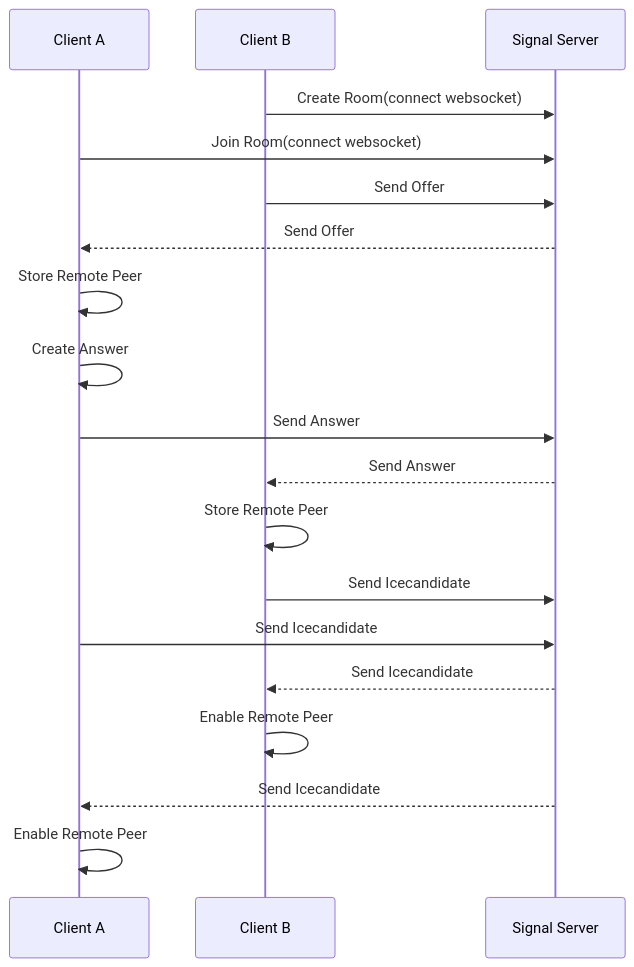
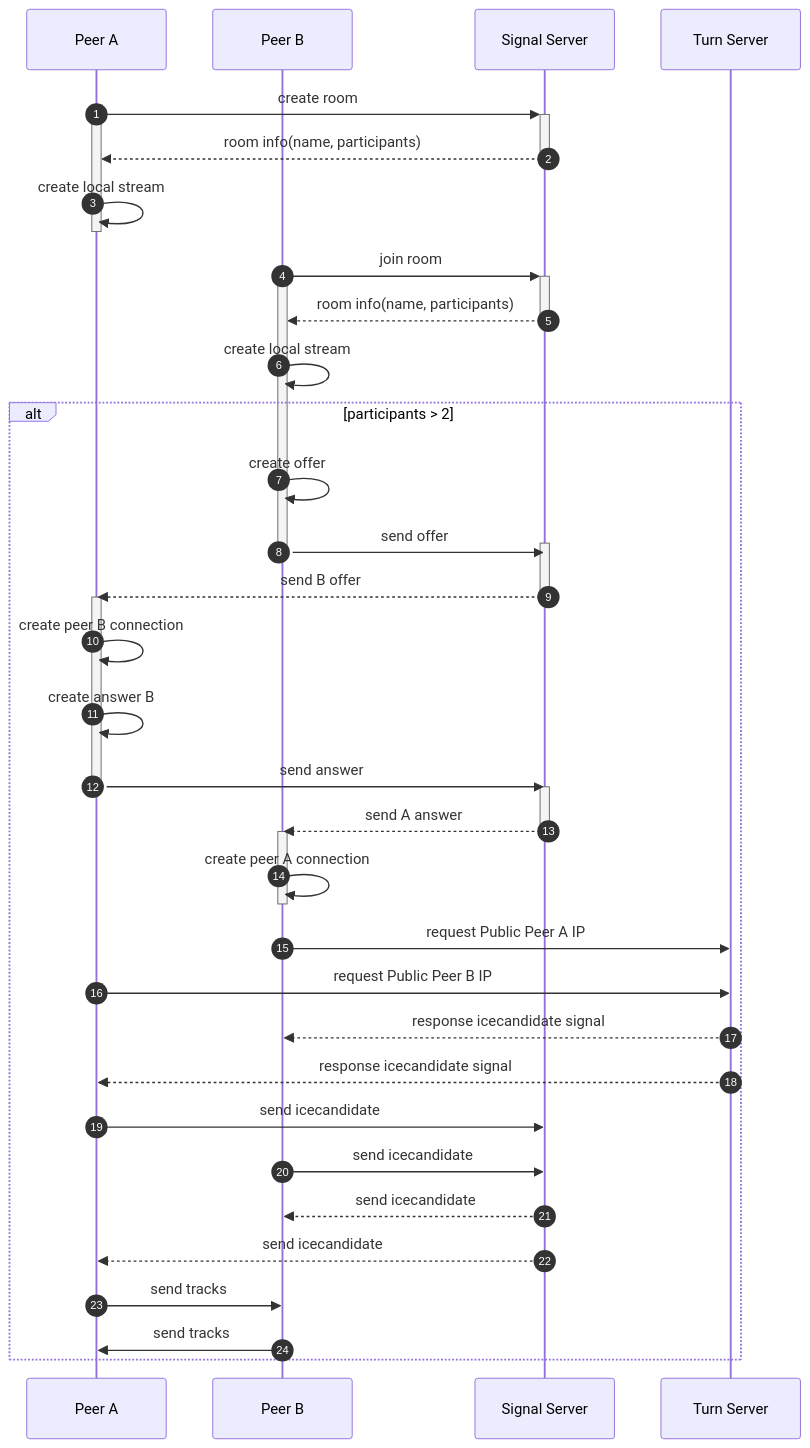
Before and after one commit to 0vollov0/webrtc: the diagram in README.md, drawn with Mermaid. The commit also changed other lines of this file and 1 other file, not shown here.

````diff
--- a/README.md
+++ b/README.md
@@ -26,21 +26,48 @@
 ```mermaid
 sequenceDiagram
-    participant A as Client A
-    participant B as Client B
-    participant S as Signal Server
-    B->>S : Create Room(connect websocket)
-    A->>S : Join Room(connect websocket)
-    B->>S : Send Offer
-    S-->>A : Send Offer
-    A->>A : Store Remote Peer
-    A->>A : Create Answer
-    A->>S : Send Answer
-    S-->>B : Send Answer
-    B->>B : Store Remote Peer
-    B->>S : Send Icecandidate
-    A->>S : Send Icecandidate
-    S-->>B : Send Icecandidate
-    B->>B : Enable Remote Peer
-    S-->>A : Send Icecandidate
-    A->>A : Enable Remote Peer
+    Participant A as Peer A
+    Participant B as Peer B
+    Participant S as Signal Server
+    Participant T as Turn Server
+    autonumber
+
+    A ->>+ S : create room
+    activate A
+    S -->>- A: room info(name, participants)
+    A ->> A: create local stream
+    deactivate A
+
+    B ->>+ S : join room
+    activate B
+    S -->>- B: room info(name, participants)
+    B ->> B: create local stream
+    alt participants > 2
+        B ->> B: create offer
+        B ->> S: send offer
+        activate S
+        deactivate B
+        S -->> A: send B offer
+        deactivate S
+        activate A
+        A ->> A : create peer B connection
+        A ->> A : create answer B
+        A ->> S : send answer
+        deactivate A
+        activate S
+        S -->> B: send A answer
+        deactivate S
+        activate B
+        B ->> B: create peer A connection
+        deactivate B
+        B ->> T: request Public Peer A IP
+        A ->> T: request Public Peer B IP
+        T -->> B: response icecandidate signal
+        T -->> A: response icecandidate signal
+        A ->> S : send icecandidate
+        B ->> S : send icecandidate
+        S -->> B : send icecandidate
+        S -->> A : send icecandidate
+        A ->> B : send tracks
+        B ->> A : send tracks
+    end
 ```
````
